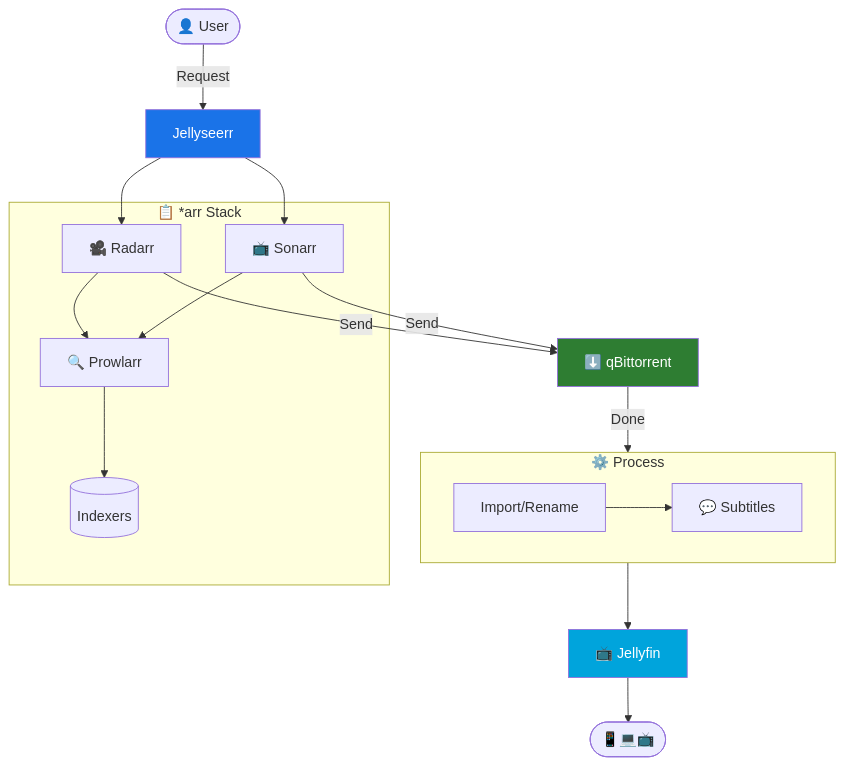
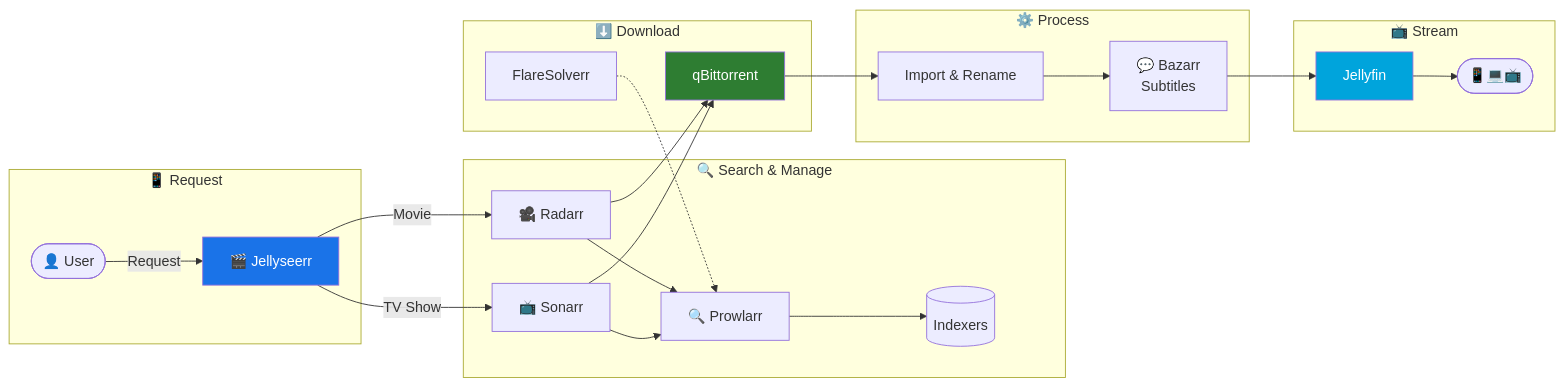
One commit to Mykyta-Home-Server/homeserver changed the second of 4 diagrams in docs-site/src/content/docs/guides/introduction.mdx. Above: the diagram before and after it, drawn with Mermaid. The commit also changed other lines of this file and 1 other file, not shown here.

First line of the commit message:
Fix modal styling, restore detailed diagrams, shrink sidebar

````diff
--- a/docs-site/src/content/docs/guides/introduction.mdx
+++ b/docs-site/src/content/docs/guides/introduction.mdx
@@ -71,30 +87,41 @@
 ```mermaid
-flowchart TB
-    User([👤 User]) -->|Request| JS[Jellyseerr]
+flowchart LR
+    subgraph Request["📱 Request"]
+        User([👤 User])
+        JS[🎬 Jellyseerr]
+        User -->|Request| JS
+    end
 
-    JS --> Radarr & Sonarr
-
-    subgraph Manage["📋 *arr Stack"]
+    subgraph Search["🔍 Search & Manage"]
         Radarr[🎥 Radarr]
         Sonarr[📺 Sonarr]
         Prowlarr[🔍 Prowlarr]
-        Radarr & Sonarr --> Prowlarr
-        Prowlarr --> Indexers[(Indexers)]
+        Indexers[(Indexers)]
+        Radarr & Sonarr --> Prowlarr --> Indexers
     end
 
-    Radarr & Sonarr -->|Send| QB[⬇️ qBittorrent]
-
-    QB -->|Done| Process
+    subgraph Download["⬇️ Download"]
+        QB[qBittorrent]
+        FS[FlareSolverr]
+    end
 
     subgraph Process["⚙️ Process"]
-        Import[Import/Rename]
-        Bazarr[💬 Subtitles]
-        Import --> Bazarr
+        Import[Import & Rename]
+        Bazarr[💬 Bazarr<br/>Subtitles]
     end
 
-    Process --> JF[📺 Jellyfin] --> Devices([📱💻📺])
+    subgraph Stream["📺 Stream"]
+        JF[Jellyfin]
+        Devices([📱💻📺])
+    end
+
+    JS -->|Movie| Radarr
+    JS -->|TV Show| Sonarr
+    Radarr & Sonarr --> QB
+    FS -.-> Prowlarr
+    QB --> Import --> Bazarr --> JF --> Devices
 
     style JS fill:#1a73e8,color:#fff
     style JF fill:#00a4dc,color:#fff
     style QB fill:#2e7d32,color:#fff
 ```
````
